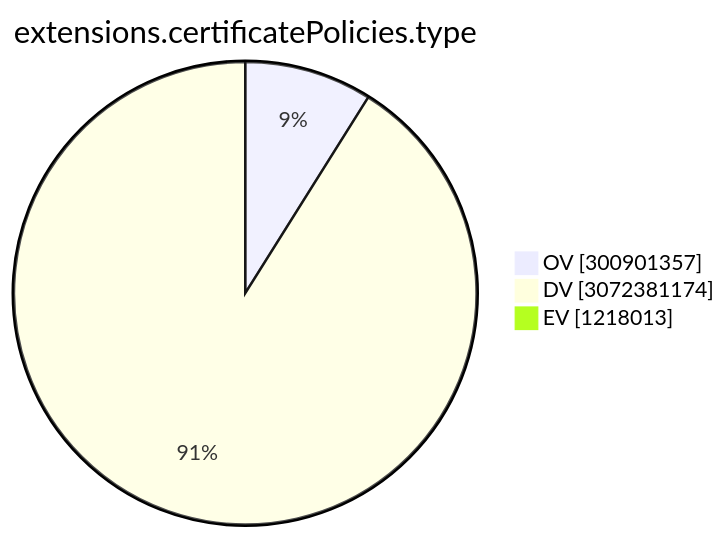
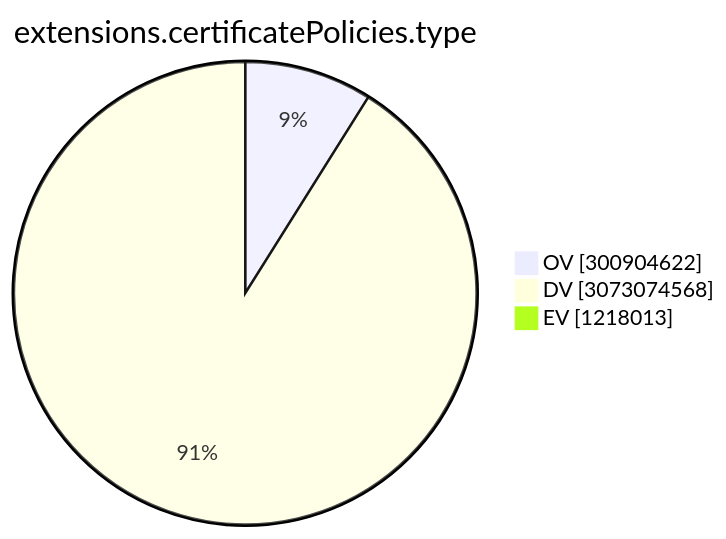
The ninth of 15 diagrams in TOTAL/README.md (christiankrug/ctmonitor_visualization), drawn with Mermaid before and after one commit. The commit also changed other lines of this file, not shown here.

````diff
--- a/TOTAL/README.md
+++ b/TOTAL/README.md
@@ -3102,7 +3102,7 @@
 ```mermaid
 pie showData
 title extensions.certificatePolicies.type
-"OV" :300901357
-"DV" :3072381174
+"OV" :300904622
+"DV" :3073074568
 "EV" :1218013
 ```
````
